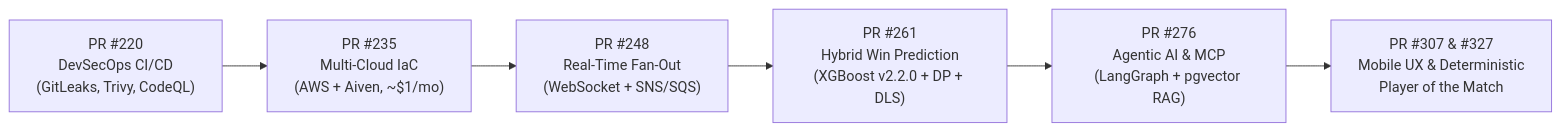
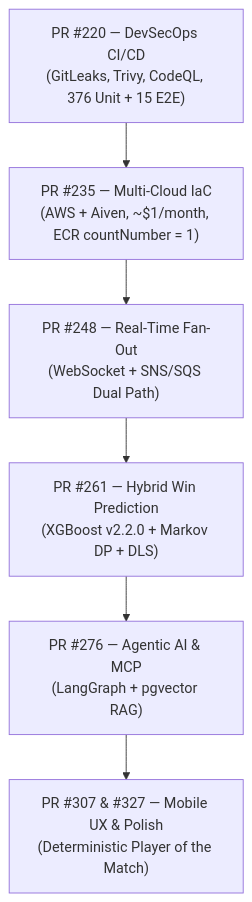
The diagram in docs/engineering_milestones.md (venkatesh-singamsetty/cricscore), drawn with Mermaid before and after one commit. The commit also changed other lines of this file and 43 other files, not shown here.

````diff
--- a/docs/engineering_milestones.md
+++ b/docs/engineering_milestones.md
@@ -11,8 +11,8 @@
 ```mermaid
-flowchart LR
-    M1["PR #220\nDevSecOps CI/CD\n(GitLeaks, Trivy, CodeQL)"] --> M2["PR #235\nMulti-Cloud IaC\n(AWS + Aiven, ~$1/mo)"]
-    M2 --> M3["PR #248\nReal-Time Fan-Out\n(WebSocket + SNS/SQS)"]
-    M3 --> M4["PR #261\nHybrid Win Prediction\n(XGBoost v2.2.0 + DP + DLS)"]
-    M4 --> M5["PR #276\nAgentic AI & MCP\n(LangGraph + pgvector RAG)"]
-    M5 --> M6["PR #307 & #327\nMobile UX & Deterministic\nPlayer of the Match"]
+flowchart TD
+    M1["PR #220 — DevSecOps CI/CD\n(GitLeaks, Trivy, CodeQL, 376 Unit + 15 E2E)"] --> M2["PR #235 — Multi-Cloud IaC\n(AWS + Aiven, ~$1/month, ECR countNumber = 1)"]
+    M2 --> M3["PR #248 — Real-Time Fan-Out\n(WebSocket + SNS/SQS Dual Path)"]
+    M3 --> M4["PR #261 — Hybrid Win Prediction\n(XGBoost v2.2.0 + Markov DP + DLS)"]
+    M4 --> M5["PR #276 — Agentic AI & MCP\n(LangGraph + pgvector RAG)"]
+    M5 --> M6["PR #307 & #327 — Mobile UX & Polish\n(Deterministic Player of the Match)"]
 ```
````
